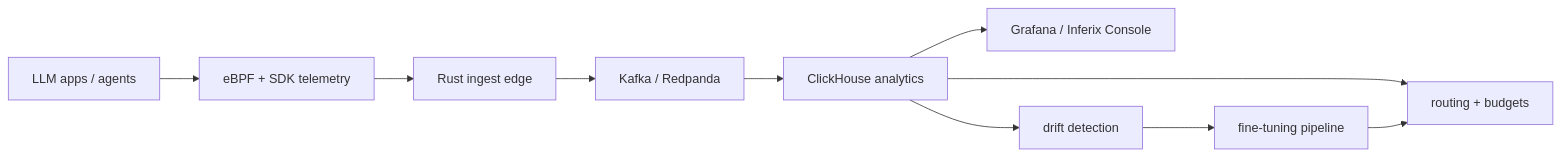
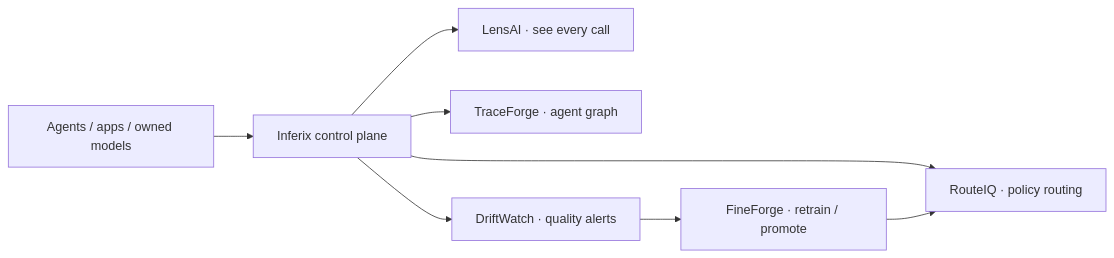
Before and after one commit to AkshantVats/AkshantVats: the diagram in README.md, drawn with Mermaid. The commit also changed other lines of this file, not shown here.

First line of the commit message:
Rewrite homepage around full Inferix suite

````diff
--- a/README.md
+++ b/README.md
@@ -41,12 +39,10 @@
 ```mermaid
 flowchart LR
-  apps["LLM apps / agents"] --> tracer["eBPF + SDK telemetry"]
-  tracer --> ingest["Rust ingest edge"]
-  ingest --> kafka["Kafka / Redpanda"]
-  kafka --> clickhouse["ClickHouse analytics"]
-  clickhouse --> console["Grafana / Inferix Console"]
-  clickhouse --> route["routing + budgets"]
-  clickhouse --> drift["drift detection"]
-  drift --> retrain["fine-tuning pipeline"]
-  retrain --> route
+  apps["Agents / apps / owned models"] --> plane["Inferix control plane"]
+  plane --> lens["LensAI · see every call"]
+  plane --> trace["TraceForge · agent graph"]
+  plane --> route["RouteIQ · policy routing"]
+  plane --> drift["DriftWatch · quality alerts"]
+  drift --> forge["FineForge · retrain / promote"]
+  forge --> route
 ```
````
